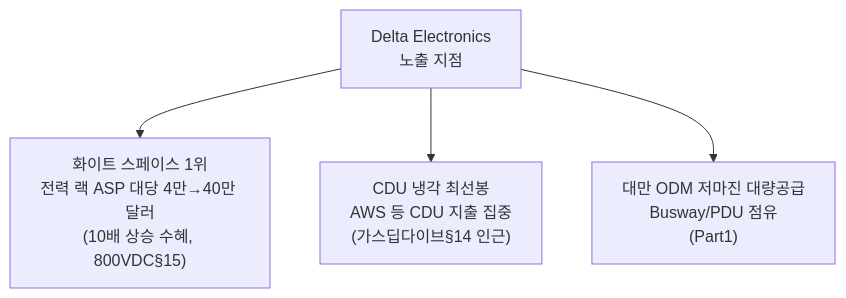
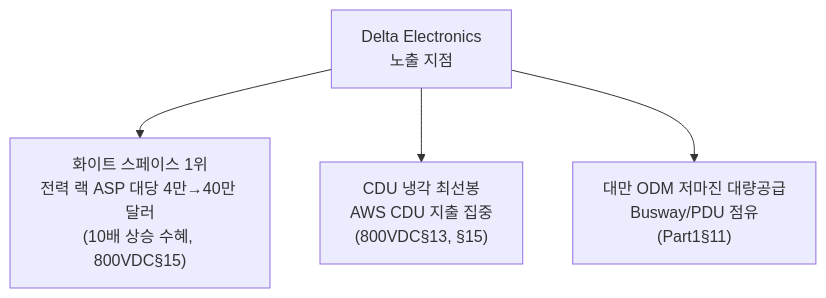
The first of 4 diagrams in 통합 리포트/[260705] 기업별 익스포저 리포트.md (yohan4477/semi-report), drawn with Mermaid before and after one commit. The commit also changed other lines of this file, not shown here.

````diff
--- a/통합 리포트/[260705] 기업별 익스포저 리포트.md
+++ b/통합 리포트/[260705] 기업별 익스포저 리포트.md
@@ -68,6 +68,6 @@
 ```mermaid
 flowchart TD
     D["Delta Electronics<br/>노출 지점"] --> A["화이트 스페이스 1위<br/>전력 랙 ASP 대당 4만→40만 달러<br/>(10배 상승 수혜, 800VDC§15)"]
-    D --> B["CDU 냉각 최선봉<br/>AWS 등 CDU 지출 집중<br/>(가스딥다이브§14 인근)"]
-    D --> C["대만 ODM 저마진 대량공급<br/>Busway/PDU 점유<br/>(Part1)"]
+    D --> B["CDU 냉각 최선봉<br/>AWS CDU 지출 집중<br/>(800VDC§13, §15)"]
+    D --> C["대만 ODM 저마진 대량공급<br/>Busway/PDU 점유<br/>(Part1§11)"]
 ```
````
